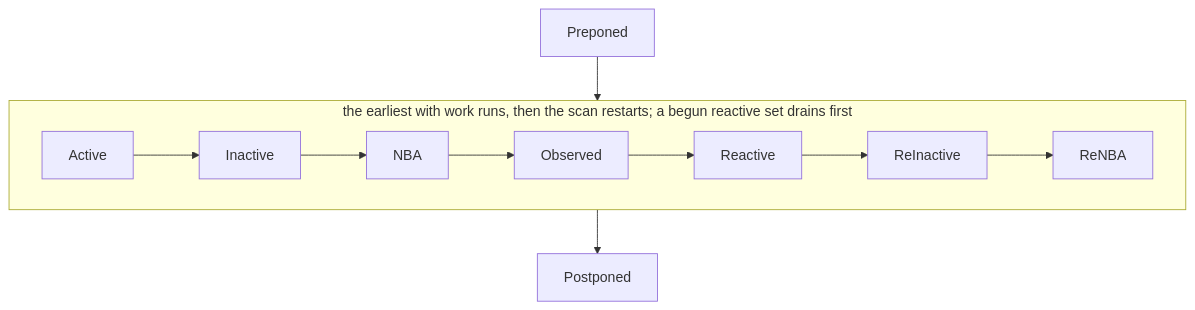
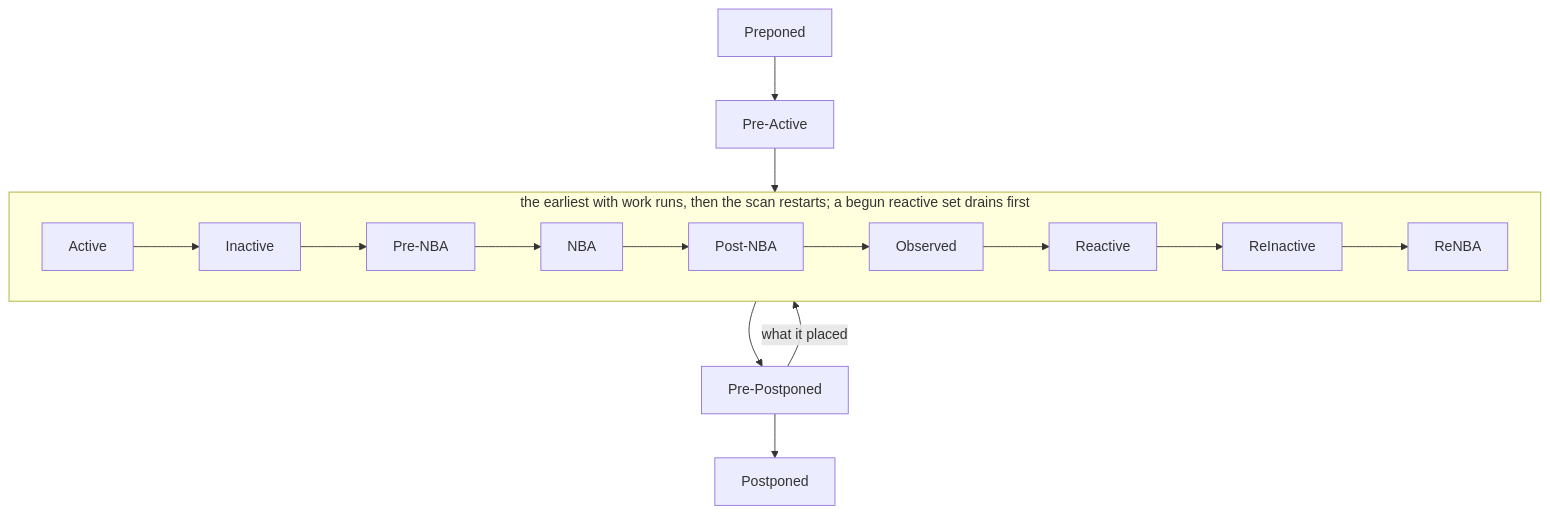
One commit to hankhsu1996/lyra changed the diagram in docs/architecture/scheduling.md. Above: the diagram before and after it, drawn with Mermaid. The commit also changed other lines of this file and 124 other files, not shown here.

````diff
--- a/docs/architecture/scheduling.md
+++ b/docs/architecture/scheduling.md
@@ -261,9 +275,11 @@
 ```mermaid
 flowchart TB
-  P[Preponed] --> S
+  P[Preponed] --> PA[Pre-Active] --> S
   subgraph S [the earliest with work runs, then the scan restarts; a begun reactive set drains first]
     direction LR
-    A[Active] --> I[Inactive] --> N[NBA] --> O[Observed] --> R[Reactive] --> RI[ReInactive] --> RN[ReNBA]
+    A[Active] --> I[Inactive] --> PN[Pre-NBA] --> N[NBA] --> QN[Post-NBA] --> O[Observed] --> R[Reactive] --> RI[ReInactive] --> RN[ReNBA]
   end
-  S --> POST[Postponed]
+  S --> PP[Pre-Postponed]
+  PP -- what it placed --> S
+  PP --> POST[Postponed]
 ```
````
